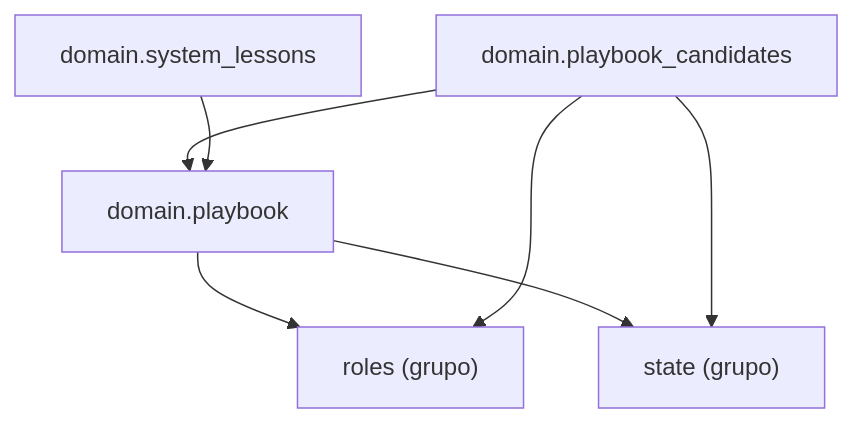
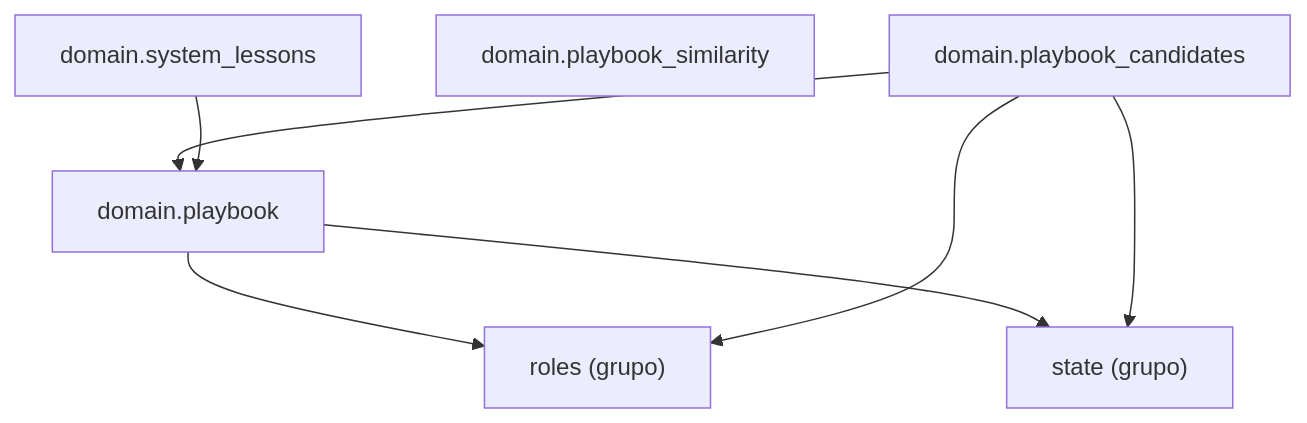
The diagram in docs/architecture/generated/packages-process-domain-playbook.md (GonzaloZevallos/agentic-system), drawn with Mermaid before and after one commit. The commit also changed 30 other files, not shown here.

````diff
--- a/docs/architecture/generated/packages-process-domain-playbook.md
+++ b/docs/architecture/generated/packages-process-domain-playbook.md
@@ -12,14 +12,15 @@
 ```mermaid
 graph TD
     g_domain__roles["roles (grupo)"]
     g_domain__state["state (grupo)"]
     m_domain__playbook["domain.playbook"]
     m_domain__playbook_candidates["domain.playbook_candidates"]
+    m_domain__playbook_similarity["domain.playbook_similarity"]
     m_domain__system_lessons["domain.system_lessons"]
     m_domain__playbook --> g_domain__roles
     m_domain__playbook --> g_domain__state
     m_domain__playbook_candidates --> g_domain__roles
     m_domain__playbook_candidates --> g_domain__state
     m_domain__playbook_candidates --> m_domain__playbook
     m_domain__system_lessons --> m_domain__playbook
 ```
````
